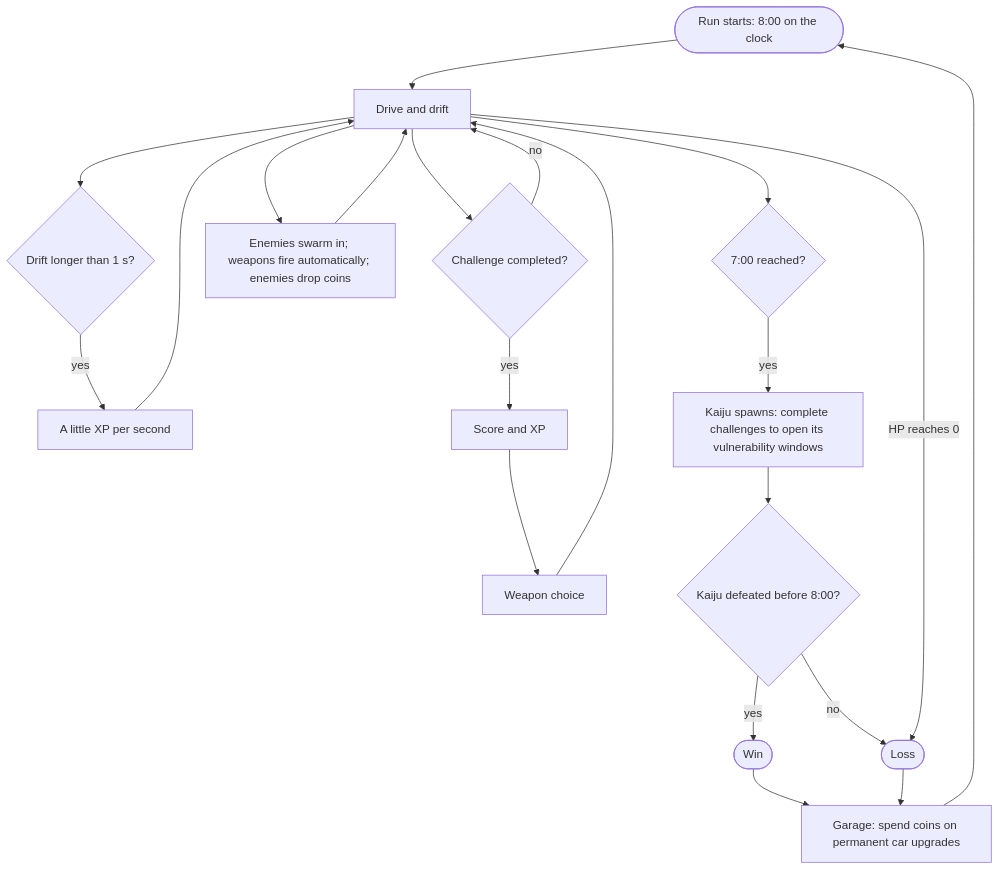
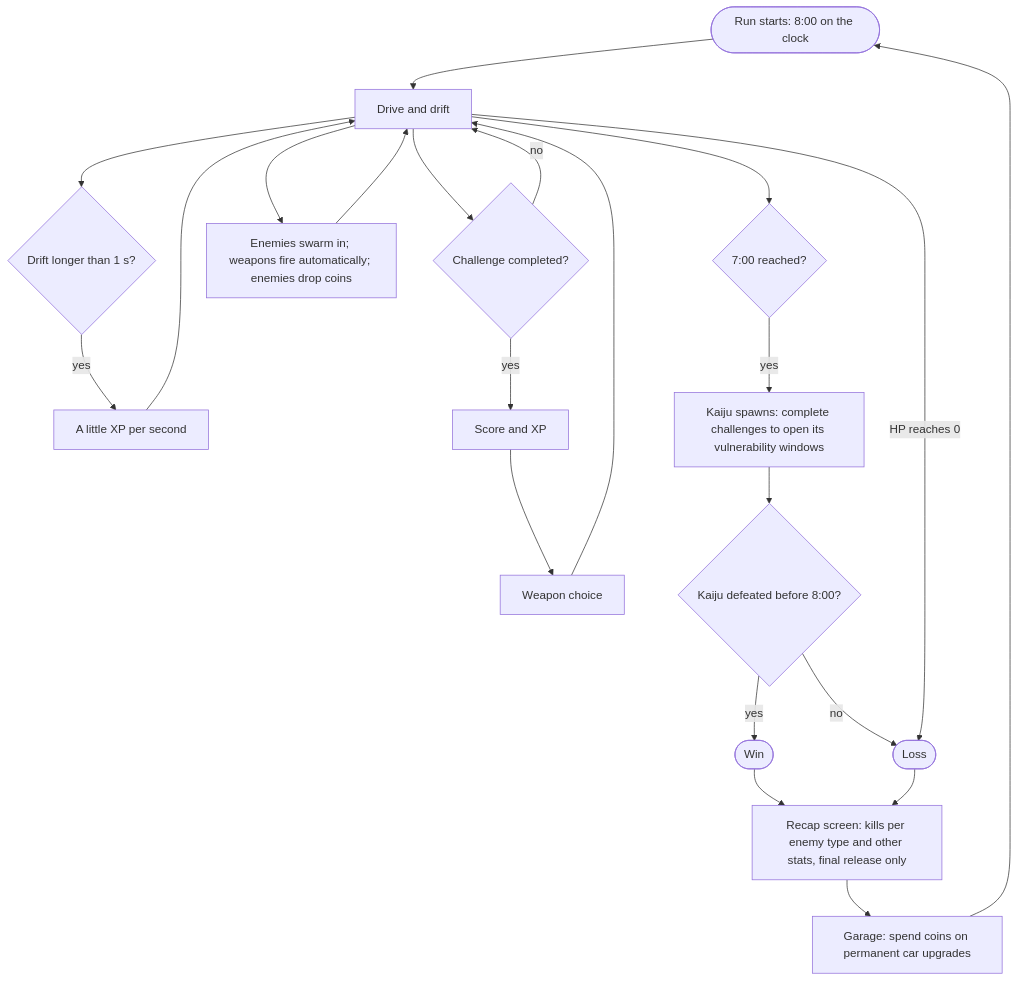
The diagram in docs/game-loop-architecture.md (akyrat/solid-carbide-game), drawn with Mermaid before and after one commit. The commit also changed other lines of this file and 3 other files, not shown here.

Commit message:
Add T-017: recap screen after each run (final release)

````diff
--- a/docs/game-loop-architecture.md
+++ b/docs/game-loop-architecture.md
@@ -35,19 +36,20 @@
 ```mermaid
 flowchart TD
     start([Run starts: 8:00 on the clock]) --> drive[Drive and drift]
     drive --> drift{Drift longer than 1 s?}
     drift -- yes --> dxp[A little XP per second] --> drive
     drive --> challenge{Challenge completed?}
     challenge -- yes --> xp[Score and XP] --> choice[Weapon choice] --> drive
     challenge -- no --> drive
     drive --> enemies[Enemies swarm in; weapons fire automatically; enemies drop coins] --> drive
     drive --> boss{7:00 reached?}
     boss -- yes --> kaiju[Kaiju spawns: complete challenges to open its vulnerability windows]
     kaiju --> win{Kaiju defeated before 8:00?}
     win -- yes --> won([Win])
     win -- no --> lost([Loss])
     drive -- HP reaches 0 --> lost
-    won --> garage[Garage: spend coins on permanent car upgrades]
-    lost --> garage
+    won --> recap[Recap screen: kills per enemy type and other stats, final release only]
+    lost --> recap
+    recap --> garage[Garage: spend coins on permanent car upgrades]
     garage --> start
 ```
````
